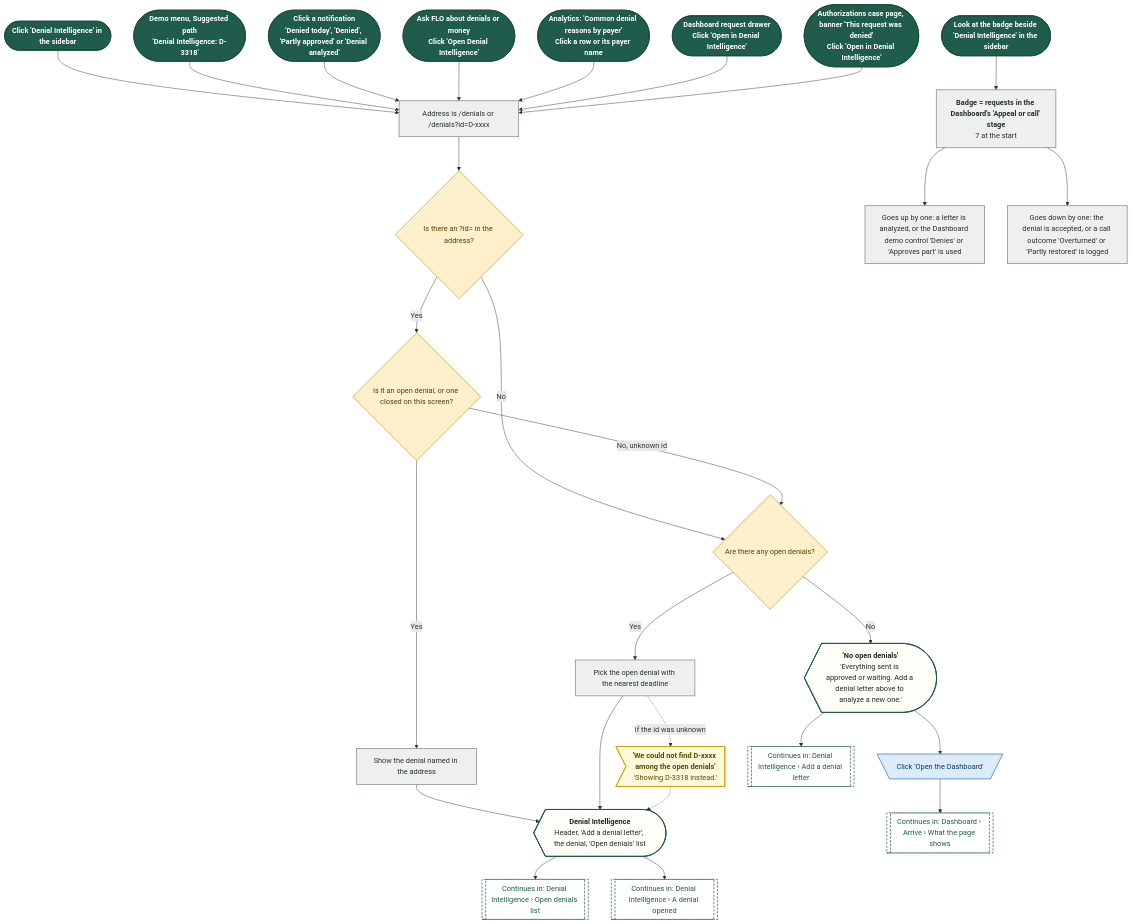
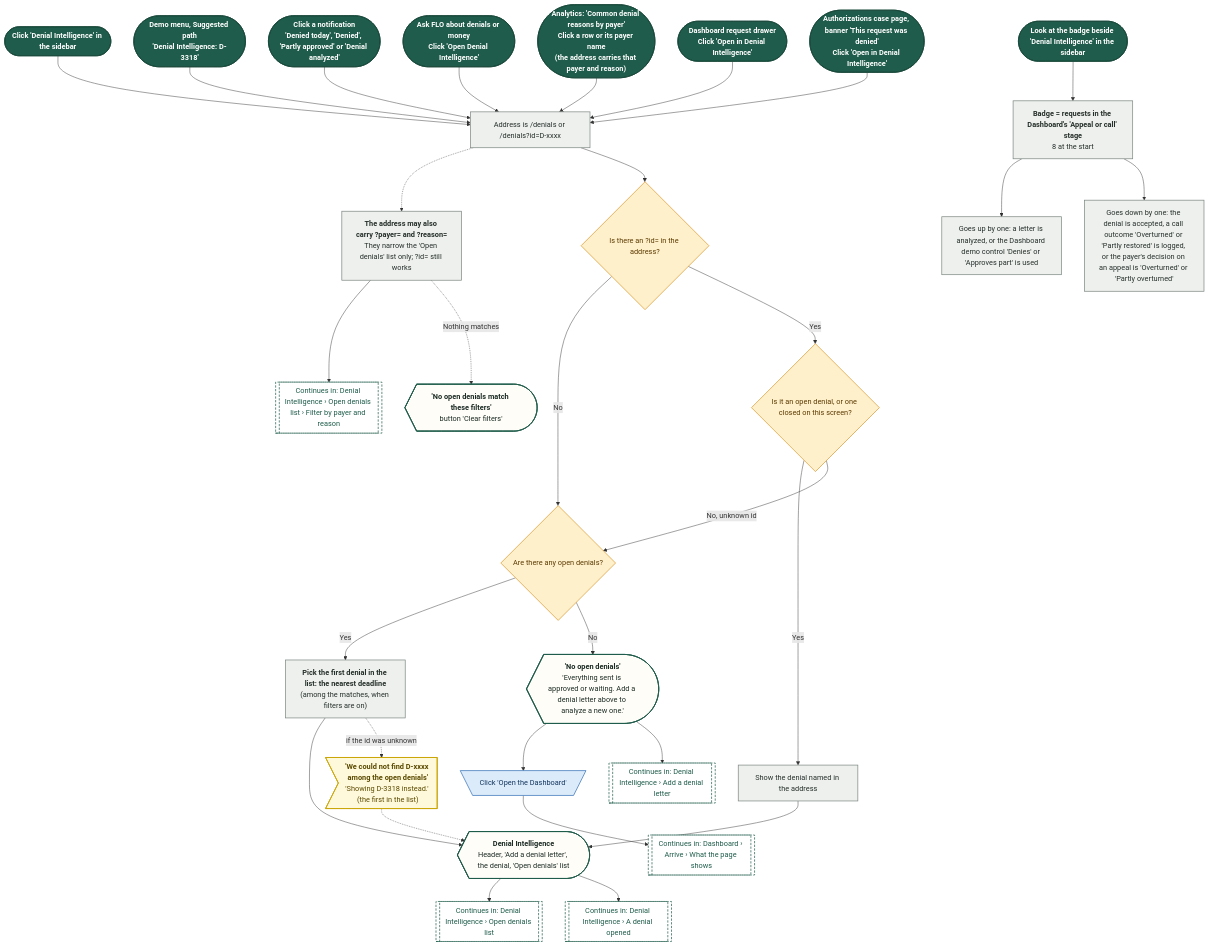
The first of 20 diagrams in demos/prior-auth-demo/workflows/out/md/06-denials.md (Shrav143/psyfloapp), drawn with Mermaid before and after one commit. The commit also changed other lines of this file and 195 other files, not shown here.

First line of the commit message:
docs: Rebuild workflow diagrams after the demo fixes (220 diagrams)

````diff
--- a/demos/prior-auth-demo/workflows/out/md/06-denials.md
+++ b/demos/prior-auth-demo/workflows/out/md/06-denials.md
@@ -13,71 +13,76 @@
 ```mermaid
 %%{init: {"theme":"base","themeVariables":{"fontFamily":"'DM Sans', 'Segoe UI', system-ui, sans-serif","fontSize":"15px","lineColor":"#5B6B63","primaryTextColor":"#1C2B25","clusterBkg":"#FBF8F3","clusterBorder":"#D9CDBB","edgeLabelBackground":"#FFFFFF"},"flowchart":{"curve":"basis","nodeSpacing":36,"rankSpacing":48,"padding":12,"htmlLabels":true,"useMaxWidth":false,"wrappingWidth":230}} }%%
 flowchart TD
   classDef k_start fill:#1F5C4B,stroke:#174638,color:#FFFFFF,stroke-width:1.5px,font-weight:600
   classDef k_end fill:#DDEFE3,stroke:#2E7D4F,color:#14502F,stroke-width:1.5px,font-weight:600
   classDef k_endx fill:#FBE3E0,stroke:#C0392B,color:#7A1F16,stroke-width:1.5px,font-weight:600
   classDef k_screen fill:#FFFDF8,stroke:#1F5C4B,color:#1C2B25,stroke-width:2px
   classDef k_overlay fill:#F1F7F3,stroke:#1F5C4B,color:#1C2B25,stroke-width:2px,stroke-dasharray:5 3
   classDef k_click fill:#DCEBFA,stroke:#2F6DB5,color:#12365F,stroke-width:1.5px
   classDef k_input fill:#E4E7FF,stroke:#4C5FD5,color:#1D2670,stroke-width:1.5px
   classDef k_process fill:#EEF0EE,stroke:#7A857F,color:#26302B,stroke-width:1.5px
   classDef k_agent fill:#EEE5FA,stroke:#7A4FC2,color:#341A63,stroke-width:1.5px
   classDef k_decision fill:#FFF0CC,stroke:#D9962B,color:#5C3B00,stroke-width:1.5px
   classDef k_store fill:#D5F0EA,stroke:#1C8E7B,color:#0B4A3F,stroke-width:1.5px
   classDef k_doc fill:#F6E9DC,stroke:#B07A4C,color:#4A2E14,stroke-width:1.5px
   classDef k_ext fill:#FFE6D2,stroke:#E07B39,color:#6B2F06,stroke-width:1.5px
   classDef k_wait fill:#E4E8EE,stroke:#6B7C93,color:#26303D,stroke-width:1.5px
   classDef k_toast fill:#FFF9DB,stroke:#C9A400,color:#5A4A00,stroke-width:1.5px
   classDef k_goto fill:#FFFFFF,stroke:#1F5C4B,color:#1F5C4B,stroke-width:1.5px,stroke-dasharray:5 3
   s1@{ shape: stadium, label: "Click 'Denial Intelligence' in the sidebar" }
   s2@{ shape: stadium, label: "<b>Demo menu, Suggested path</b><br/>'Denial Intelligence: D-3318'" }
   s3@{ shape: stadium, label: "<b>Click a notification</b><br/>'Denied today', 'Denied', 'Partly approved' or 'Denial analyzed'" }
   s4@{ shape: stadium, label: "<b>Ask FLO about denials or money</b><br/>Click 'Open Denial Intelligence'" }
-  s5@{ shape: stadium, label: "<b>Analytics: 'Common denial reasons by payer'</b><br/>Click a row or its payer name" }
+  s5@{ shape: stadium, label: "<b>Analytics: 'Common denial reasons by payer'</b><br/>Click a row or its payer name<br/>(the address carries that payer and reason)" }
   s6@{ shape: stadium, label: "<b>Dashboard request drawer</b><br/>Click 'Open in Denial Intelligence'" }
   s7@{ shape: stadium, label: "<b>Authorizations case page, banner 'This request was denied'</b><br/>Click 'Open in Denial Intelligence'" }
   p1@{ shape: rect, label: "Address is /denials or /denials?id=D-xxxx" }
   d1@{ shape: diam, label: "Is there an ?id= in the address?" }
   d2@{ shape: diam, label: "Is it an open denial, or one closed on this screen?" }
   d3@{ shape: diam, label: "Are there any open denials?" }
-  p2@{ shape: rect, label: "Pick the open denial with the nearest deadline" }
+  p2@{ shape: rect, label: "<b>Pick the first denial in the list: the nearest deadline</b><br/>(among the matches, when filters are on)" }
   p3@{ shape: rect, label: "Show the denial named in the address" }
-  t1@{ shape: odd, label: "<b>'We could not find D-xxxx among the open denials'</b><br/>'Showing D-3318 instead.'" }
+  t1@{ shape: odd, label: "<b>'We could not find D-xxxx among the open denials'</b><br/>'Showing D-3318 instead.' (the first in the list)" }
   sc1@{ shape: curv-trap, label: "<b>Denial Intelligence</b><br/>Header, 'Add a denial letter', the denial, 'Open denials' list" }
   sc2@{ shape: curv-trap, label: "<b>'No open denials'</b><br/>'Everything sent is approved or waiting. Add a denial letter above to analyze a new one.'" }
   c1@{ shape: trap-t, label: "Click 'Open the Dashboard'" }
   g1@{ shape: subproc, label: "Continues in: Denial Intelligence › Open denials list" }
   g2@{ shape: subproc, label: "Continues in: Denial Intelligence › A denial opened" }
   g3@{ shape: subproc, label: "Continues in: Denial Intelligence › Add a denial letter" }
   g4@{ shape: subproc, label: "Continues in: Dashboard › Arrive › What the page shows" }
+  pf@{ shape: rect, label: "<b>The address may also carry ?payer= and ?reason=</b><br/>They narrow the 'Open denials' list only; ?id= still works" }
+  g5@{ shape: subproc, label: "Continues in: Denial Intelligence › Open denials list › Filter by payer and reason" }
+  sc3@{ shape: curv-trap, label: "<b>'No open denials match these filters'</b><br/>button 'Clear filters'" }
   s8@{ shape: stadium, label: "Look at the badge beside 'Denial Intelligence' in the sidebar" }
-  b1@{ shape: rect, label: "<b>Badge = requests in the Dashboard's 'Appeal or call' stage</b><br/>7 at the start" }
+  b1@{ shape: rect, label: "<b>Badge = requests in the Dashboard's 'Appeal or call' stage</b><br/>8 at the start" }
   b2@{ shape: rect, label: "Goes up by one: a letter is analyzed, or the Dashboard demo control 'Denies' or 'Approves part' is used" }
-  b3@{ shape: rect, label: "Goes down by one: the denial is accepted, or a call outcome 'Overturned' or 'Partly restored' is logged" }
+  b3@{ shape: rect, label: "Goes down by one: the denial is accepted, a call outcome 'Overturned' or 'Partly restored' is logged, or the payer's decision on an appeal is 'Overturned' or 'Partly overturned'" }
   s1 --> p1
+  p1 -.-> pf --> g5
+  pf -.->|"Nothing matches"| sc3
   s2 --> p1
   s3 --> p1
   s4 --> p1
   s5 --> p1
   s6 --> p1
   s7 --> p1
   p1 --> d1
   d1 -->|"No"| d3
   d1 -->|"Yes"| d2
   d2 -->|"Yes"| p3 --> sc1
   d2 -->|"No, unknown id"| d3
   d3 -->|"Yes"| p2 --> sc1
   p2 -.->|"if the id was unknown"| t1 -.-> sc1
   d3 -->|"No"| sc2
   sc2 --> c1 --> g4
   sc2 --> g3
   sc1 --> g1 & g2
   s8 --> b1 --> b2 & b3
   class s1,s2,s3,s4,s5,s6,s7,s8 k_start
-  class p1,p2,p3,b1,b2,b3 k_process
+  class p1,p2,p3,pf,b1,b2,b3 k_process
   class d1,d2,d3 k_decision
   class t1 k_toast
-  class sc1,sc2 k_screen
+  class sc1,sc2,sc3 k_screen
   class c1 k_click
-  class g1,g2,g3,g4 k_goto
+  class g1,g2,g3,g4,g5 k_goto
 ```
````
